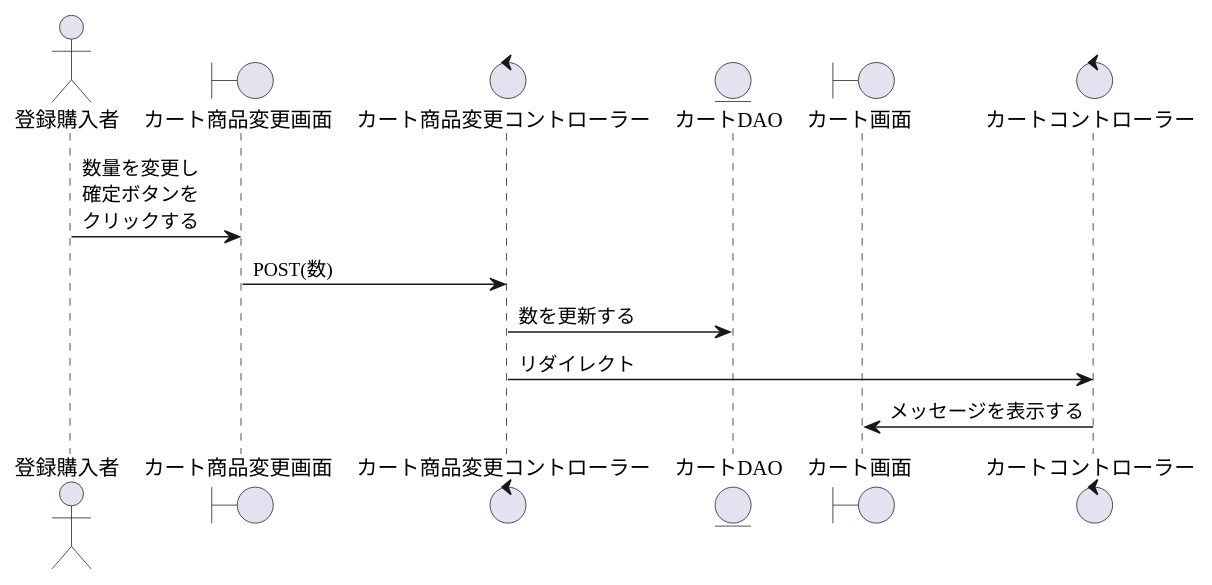
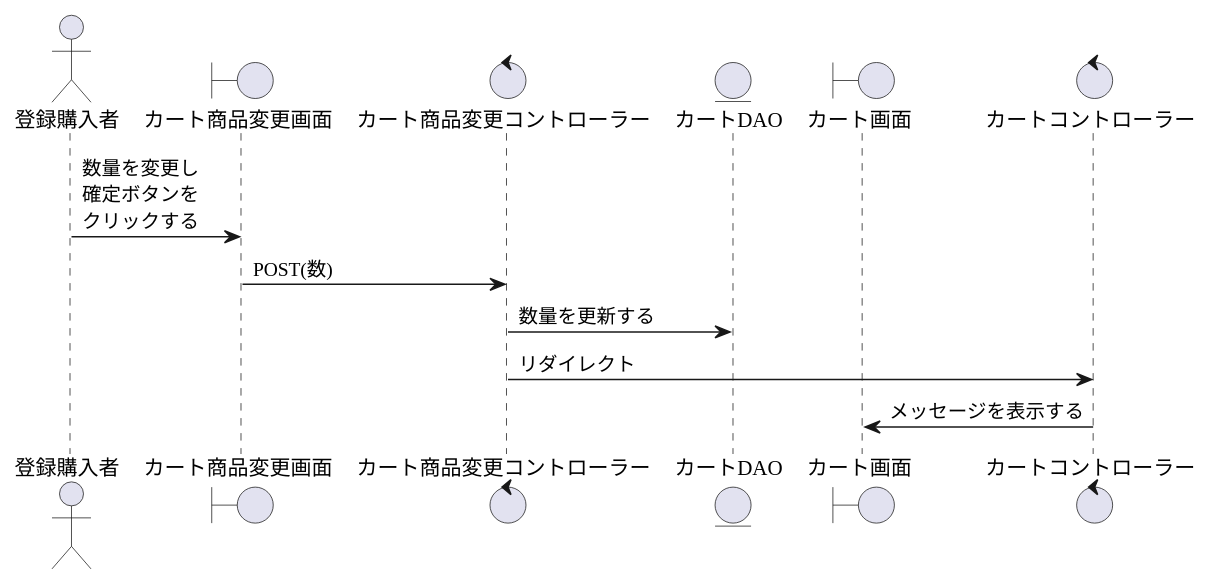
Before and after one commit to SK-B-S/PJ: the diagram in PJ_シーケンス/購入者/カート商品変更.wsd, drawn with PlantUML. The commit also changed 6 other files, not shown here.

```diff
--- a/PJ_シーケンス/購入者/カート商品変更.wsd
+++ b/PJ_シーケンス/購入者/カート商品変更.wsd
@@ -1,18 +1,18 @@
 @startuml カート商品変更
 
 actor    "登録購入者" as act
 boundary "カート商品変更画面" as Change_Cart
 control  "カート商品変更コントローラー" as Approval_c
 entity   "カートDAO" as Account
 boundary "カート画面" as cart
 control  "カートコントローラー" as cart_c
 
 '-------------------------------------------------------------------------------------------
 
 act -> Change_Cart : 数量を変更し\n確定ボタンを\nクリックする
 Change_Cart -> Approval_c: POST(数)
-Approval_c -> Account: 数を更新する
+Approval_c -> Account: 数量を更新する
 Approval_c -> cart_c : リダイレクト
 cart_c -> cart : メッセージを表示する
 
 @enduml
```
